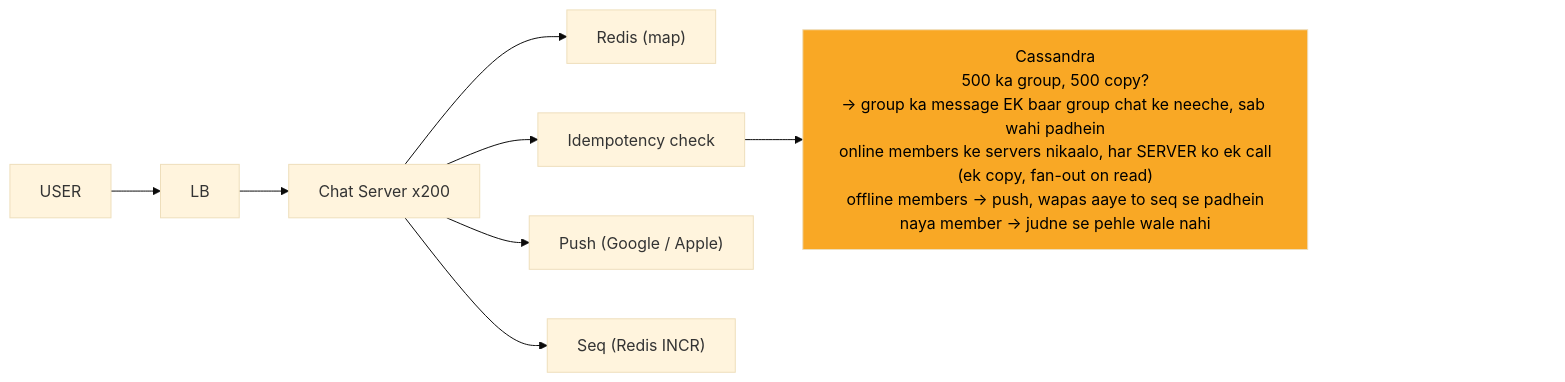
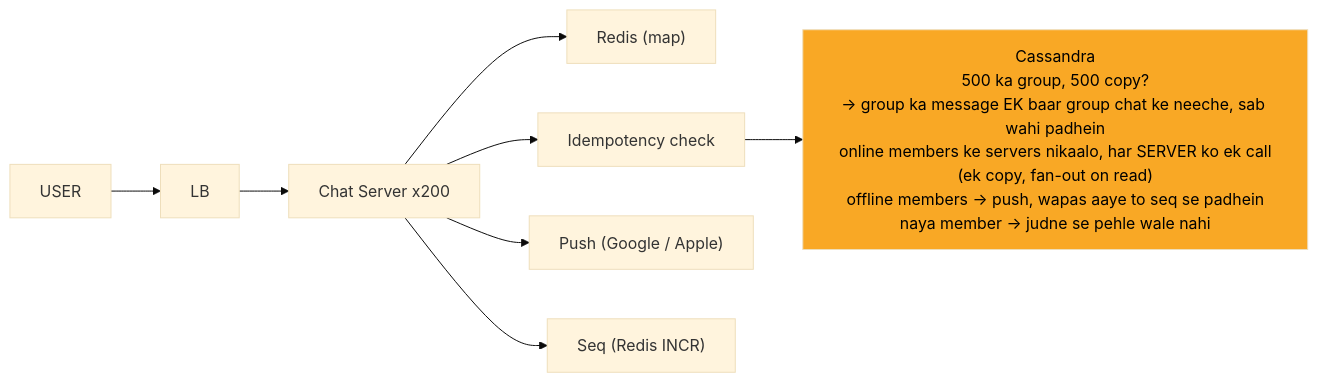
One commit to ArpanMaheshwari144/Prep changed the eighth of 12 diagrams in 04_HLD/SYSTEM_DESIGNS/14_chat_messaging/14_chat_messaging.md. Above: the diagram before and after it, drawn with Mermaid (base theme). The commit also changed other lines of this file and 182 other files, not shown here.

Commit message:
hld 14 file: har diagram mermaid-cli se SVG image (source details me), n_pad hataya, render tool 04_HLD/tools

````diff
--- a/04_HLD/SYSTEM_DESIGNS/14_chat_messaging/14_chat_messaging.md
+++ b/04_HLD/SYSTEM_DESIGNS/14_chat_messaging/14_chat_messaging.md
@@ -366,23 +398,20 @@
 ```mermaid
 %%{init: {"flowchart": {"wrappingWidth": 450}}}%%
 flowchart LR
     n_U["USER"]
     n_LB["LB"]
     n_CS["Chat Server x200"]
     n_R["Redis (map)"]
     n_I["Idempotency check"]
     n_CA["Cassandra<br/>500 ka group, 500 copy?<br/>-> group ka message EK baar group chat ke neeche, sab wahi padhein<br/>online members ke servers nikaalo, har SERVER ko ek call<br/>(ek copy, fan-out on read)<br/>offline members -> push, wapas aaye to seq se padhein<br/>naya member -> judne se pehle wale nahi"]
     n_P["Push (Google / Apple)"]
     n_SQ["Seq (Redis INCR)"]
     n_U --> n_LB
     n_LB --> n_CS
     n_CS --> n_R
     n_CS --> n_I
     n_I --> n_CA
     n_CS --> n_P
     n_CS --> n_SQ
-    n_pad["xxxxxxxxxxxxxxxx"]
-    n_CA ~~~ n_pad
     style n_CA fill:#f9a825,color:#000
-    style n_pad fill:none,stroke:none,color:#ffffff00
 ```
````
